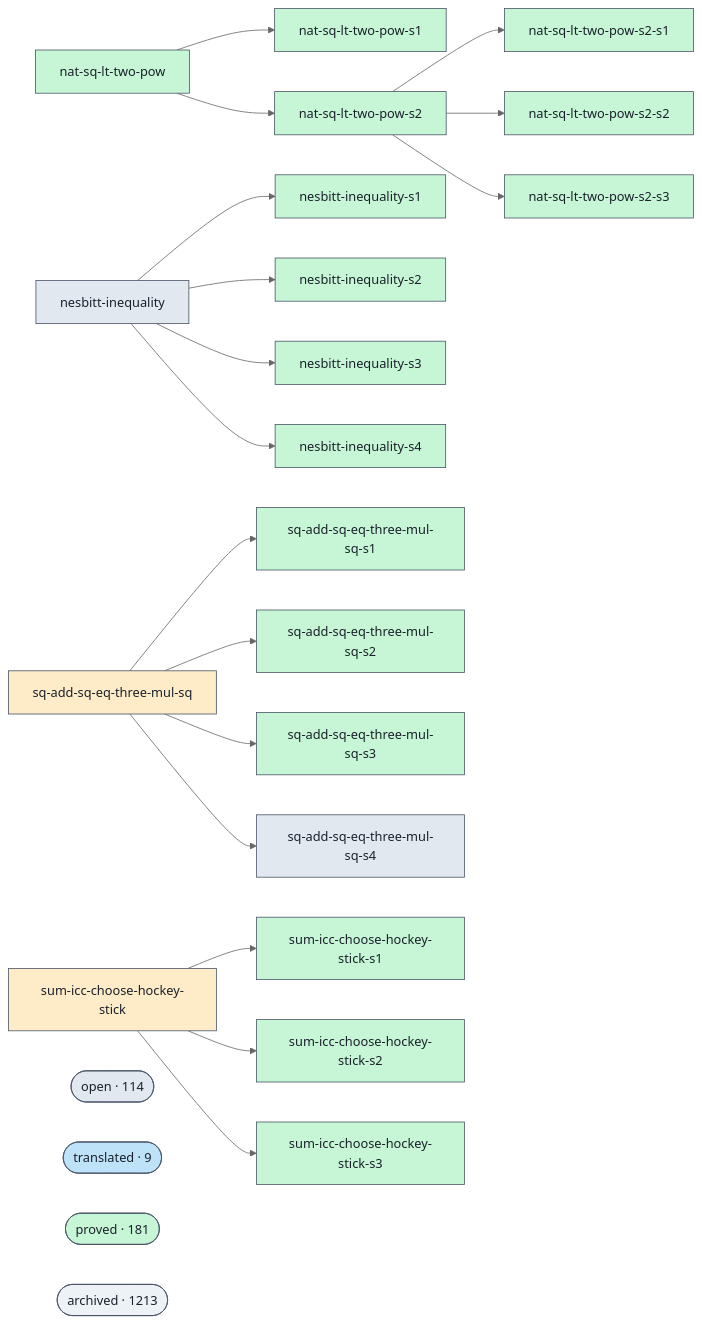
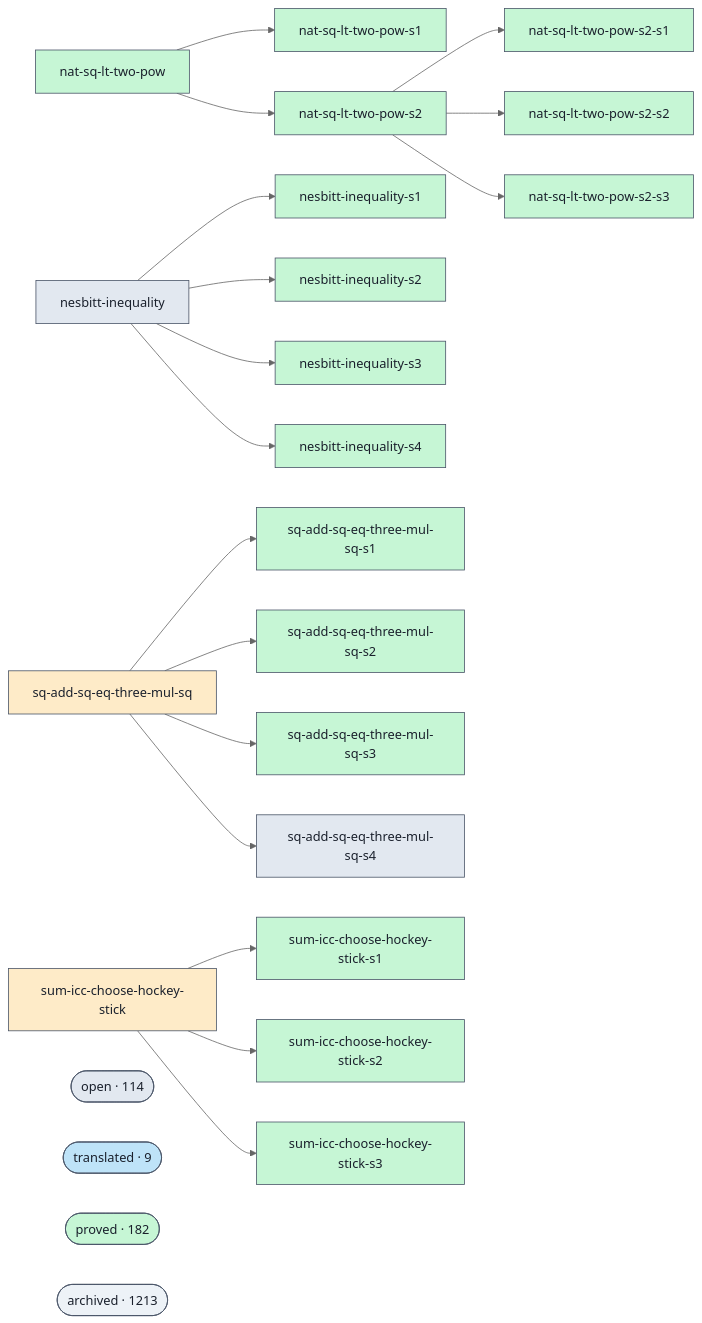
Before and after one commit to Rauxon/unsorry: the diagram in docs/proofs-contributors-visualisation.md, drawn with Mermaid (neutral theme). The commit also changed other lines of this file and 2 other files, not shown here.

```diff
--- a/docs/proofs-contributors-visualisation.md
+++ b/docs/proofs-contributors-visualisation.md
@@ -102,7 +102,7 @@
   class cluster_open open;
   cluster_translated(["translated · 9"])
   class cluster_translated translated;
-  cluster_proved(["proved · 181"])
+  cluster_proved(["proved · 182"])
   class cluster_proved proved;
   cluster_archived(["archived · 1213"])
   class cluster_archived unknown;
```
